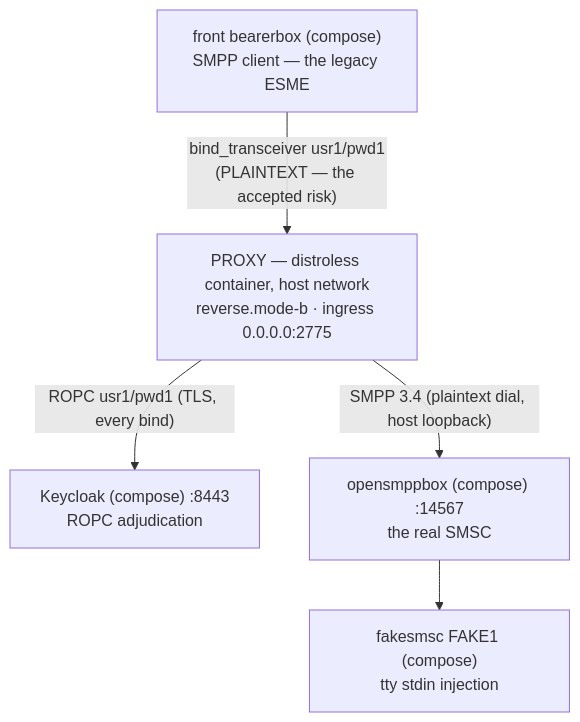
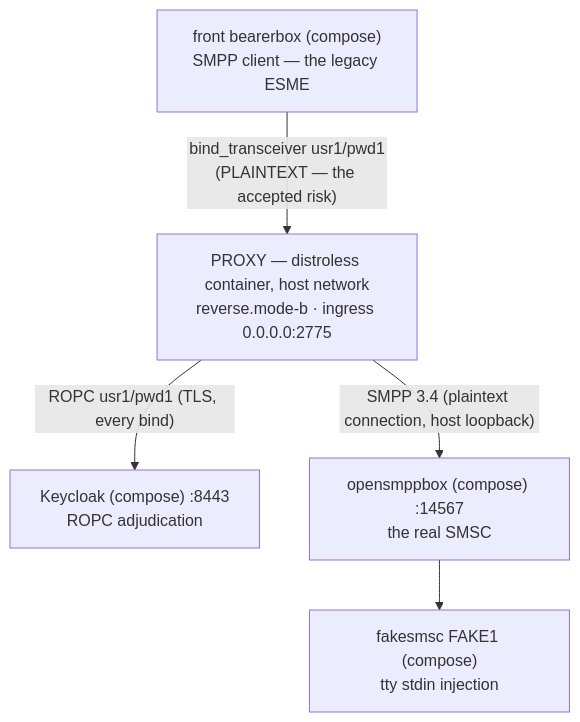
Before and after one commit to ildarsharafutdinov/smpp-companions: the diagram in sandbox/runbooks/reverse-mode-b.md, drawn with Mermaid. The commit also changed other lines of this file and 10 other files, not shown here.

````diff
--- a/sandbox/runbooks/reverse-mode-b.md
+++ b/sandbox/runbooks/reverse-mode-b.md
@@ -36,13 +20,13 @@
 ```mermaid
 flowchart TD
     fbearer["front bearerbox (compose)<br/>SMPP client — the legacy ESME"]
     proxy["PROXY — distroless container, host network<br/>reverse.mode-b · ingress 0.0.0.0:2775"]
     keycloak["Keycloak (compose) :8443<br/>ROPC adjudication"]
     osmpp["opensmppbox (compose) :14567<br/>the real SMSC"]
     fake["fakesmsc FAKE1 (compose)<br/>tty stdin injection"]
 
     fbearer -- "bind_transceiver usr1/pwd1<br/>(PLAINTEXT — the accepted risk)" --> proxy
     proxy -- "ROPC usr1/pwd1 (TLS, every bind)" --> keycloak
-    proxy -- "SMPP 3.4 (plaintext dial, host loopback)" --> osmpp
+    proxy -- "SMPP 3.4 (plaintext connection, host loopback)" --> osmpp
     osmpp --> fake
 ```
````
